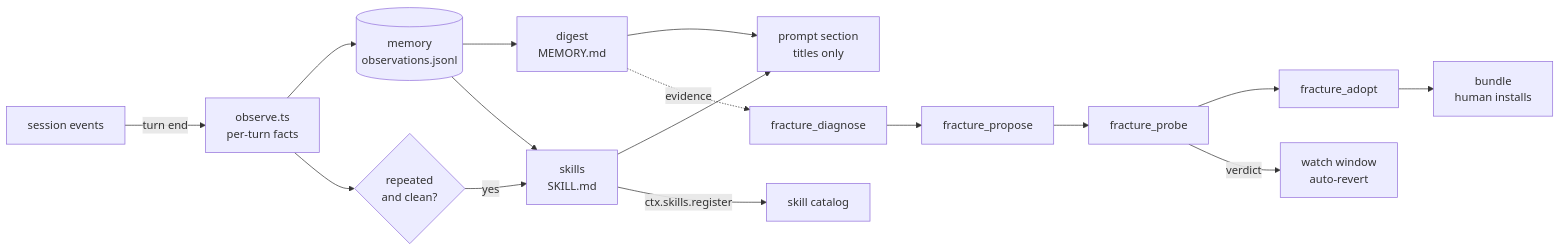
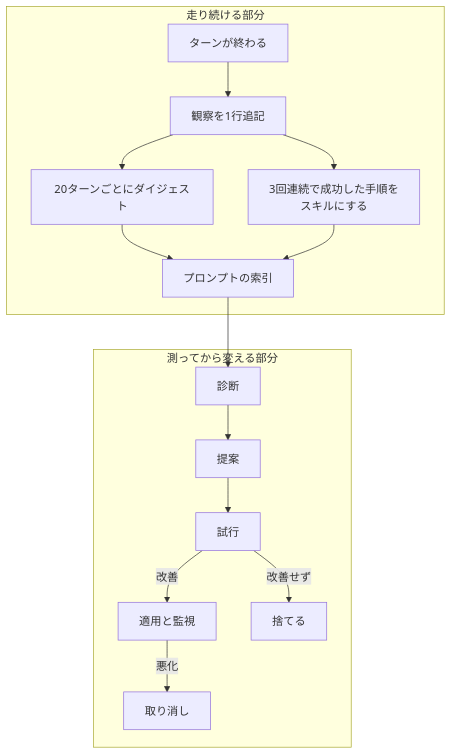
Before and after one commit to miketako3/dsh-fracture: the diagram in README.ja.md, drawn with Mermaid. The commit also changed other lines of this file and 10 other files, not shown here.

````diff
--- a/README.ja.md
+++ b/README.ja.md
@@ -12,16 +12,18 @@
 ```mermaid
-flowchart LR
-  S[session events] -->|turn end| O[observe.ts<br/>per-turn facts]
-  O --> M[(memory<br/>observations.jsonl)]
-  M --> D[digest<br/>MEMORY.md]
-  M --> K[skills<br/>SKILL.md]
-  D --> P[prompt section<br/>titles only]
-  K --> P
-  K -->|ctx.skills.register| T[skill catalog]
-  O --> G{repeated<br/>and clean?}
-  G -->|yes| K
-  D -.->|evidence| X[fracture_diagnose]
-  X --> Y[fracture_propose] --> Z[fracture_probe] --> A[fracture_adopt]
-  Z -->|verdict| W[watch window<br/>auto-revert]
-  A --> B[bundle<br/>human installs]
+flowchart TB
+  subgraph 走り続ける部分
+    E[ターンが終わる] --> O[観察を1行追記]
+    O --> D[20ターンごとにダイジェスト]
+    O --> K[3回連続で成功した手順を<br/>スキルにする]
+    D --> P[プロンプトの索引]
+    K --> P
+  end
+  subgraph 測ってから変える部分
+    P --> X[診断]
+    X --> Y[提案]
+    Y --> Z[試行]
+    Z -->|改善| W[適用と監視]
+    Z -->|改善せず| N[捨てる]
+    W -->|悪化| R[取り消し]
+  end
 ```
````
